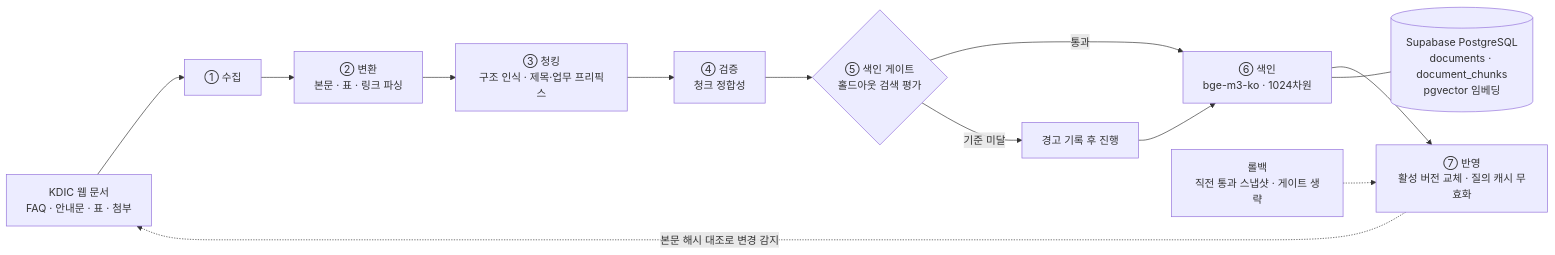
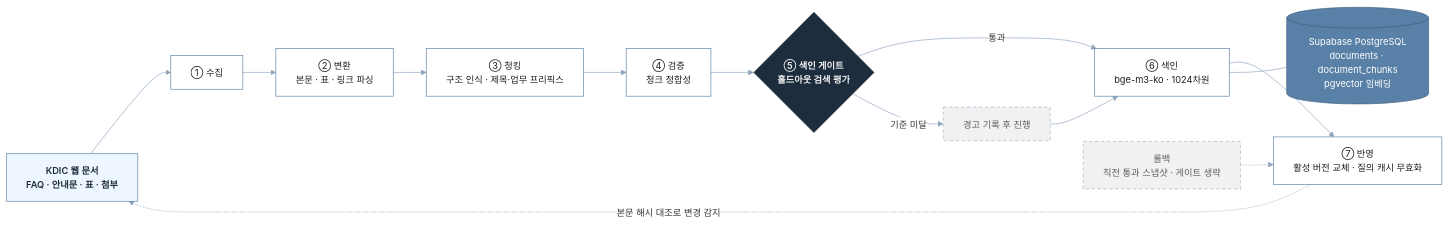
The second of 3 diagrams in profile/README.md (likelion-8/.github), drawn with Mermaid before and after one commit. The commit also changed other lines of this file, not shown here.

````diff
--- a/profile/README.md
+++ b/profile/README.md
@@ -92,18 +168,34 @@
 ```mermaid
+%%{init: {'theme':'base','themeVariables':{
+  'fontFamily':'ui-sans-serif, -apple-system, Segoe UI, Roboto, sans-serif',
+  'fontSize':'14px','lineColor':'#8fa6bd','edgeLabelBackground':'#ffffff'
+}}}%%
 flowchart LR
-    W[KDIC 웹 문서<br/>FAQ · 안내문 · 표 · 첨부]
-    W --> S1[① 수집]
-    S1 --> S2[② 변환<br/>본문 · 표 · 링크 파싱]
-    S2 --> S3[③ 청킹<br/>구조 인식 · 제목·업무 프리픽스]
-    S3 --> S4[④ 검증<br/>청크 정합성]
-    S4 --> S5{⑤ 색인 게이트<br/>홀드아웃 검색 평가}
-    S5 -->|통과| S6[⑥ 색인<br/>bge-m3-ko · 1024차원]
-    S5 -->|기준 미달| WN[경고 기록 후 진행]
+    W["KDIC 웹 문서<br/>FAQ · 안내문 · 표 · 첨부"]
+    W --> S1["① 수집"]
+    S1 --> S2["② 변환<br/>본문 · 표 · 링크 파싱"]
+    S2 --> S3["③ 청킹<br/>구조 인식 · 제목·업무 프리픽스"]
+    S3 --> S4["④ 검증<br/>청크 정합성"]
+    S4 --> S5{"⑤ 색인 게이트<br/>홀드아웃 검색 평가"}
+    S5 -->|통과| S6["⑥ 색인<br/>bge-m3-ko · 1024차원"]
+    S5 -->|기준 미달| WN["경고 기록 후 진행"]
     WN --> S6
-    S6 --> S7[⑦ 반영<br/>활성 버전 교체 · 질의 캐시 무효화]
+    S6 --> S7["⑦ 반영<br/>활성 버전 교체 · 질의 캐시 무효화"]
     S7 -. 본문 해시 대조로 변경 감지 .-> W
-    RB[롤백<br/>직전 통과 스냅샷 · 게이트 생략] -.-> S7
+    RB["롤백<br/>직전 통과 스냅샷 · 게이트 생략"] -.-> S7
 
-    DB[(Supabase PostgreSQL<br/>documents · document_chunks<br/>pgvector 임베딩)]
+    DB[("Supabase PostgreSQL<br/>documents · document_chunks<br/>pgvector 임베딩")]
     S6 --- DB
+
+    classDef gate fill:#1d2d3d,stroke:#1d2d3d,color:#f2f2f3,font-weight:600
+    classDef step fill:#ffffff,stroke:#5980a6,color:#1d1f20
+    classDef soft fill:#f0f1f2,stroke:#a9b4c0,color:#5d5d60,stroke-dasharray:5 4
+    classDef src  fill:#eef6ff,stroke:#5980a6,color:#1d2d3d,font-weight:600
+    classDef db   fill:#5980a6,stroke:#41617f,color:#ffffff
+
+    class S5 gate
+    class S1,S2,S3,S4,S6,S7 step
+    class WN,RB soft
+    class W src
+    class DB db
 ```
````
